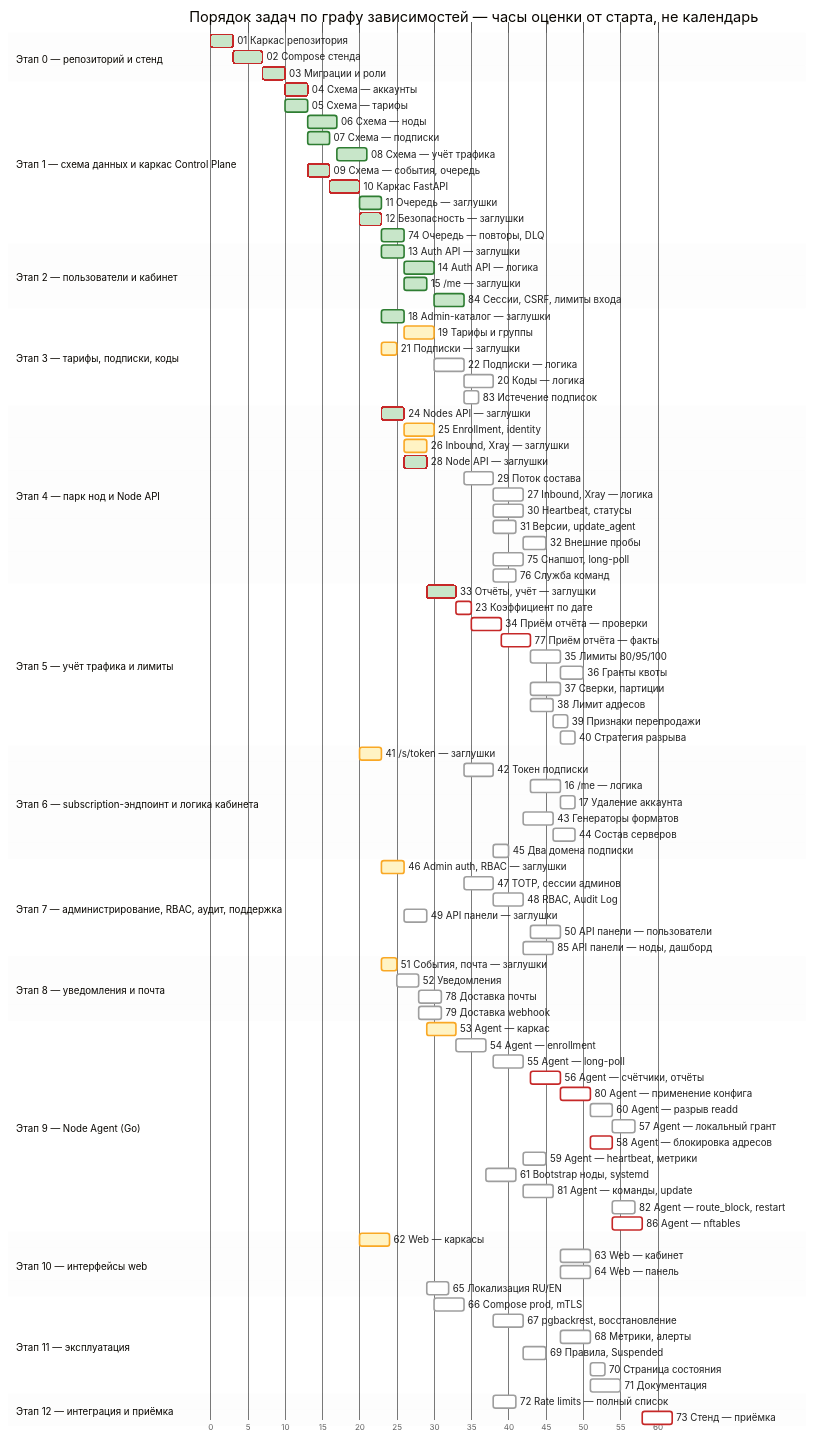
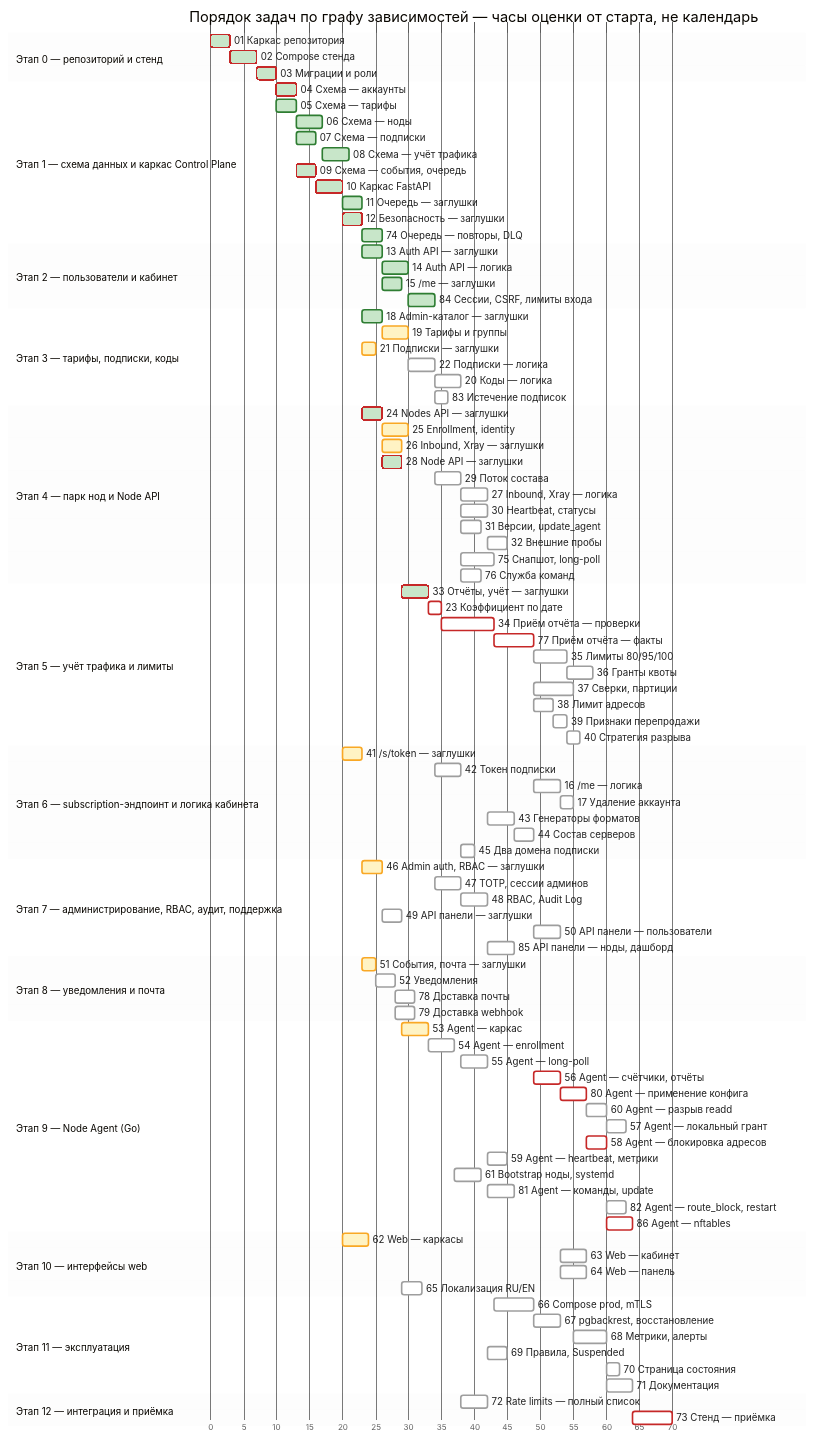
One commit to MatrixFounder/vpn-distribution-system changed the diagram in docs/PLAN.md. Above: the diagram before and after it, drawn with Mermaid. The commit also changed other lines of this file, not shown here.

````diff
--- a/docs/PLAN.md
+++ b/docs/PLAN.md
@@ -153,16 +153,16 @@
     30 Heartbeat, статусы :t30, after t28 t29, 4ms
     31 Версии, update_agent :t31, after t29 t25, 3ms
     32 Внешние пробы :t32, after t30 t44 t49, 3ms
-    75 Снапшот, long-poll :t75, after t29, 4ms
+    75 Снапшот, long-poll :t75, after t29, 5ms
     76 Служба команд :t76, after t29, 3ms
   section Этап 5 — учёт трафика и лимиты
     33 Отчёты, учёт — заглушки :done, crit, t33, after t28 t08, 4ms
     23 Коэффициент по дате :crit, t23, after t19 t33, 2ms
-    34 Приём отчёта — проверки :crit, t34, after t33 t23 t22, 4ms
-    77 Приём отчёта — факты :crit, t77, after t34 t23, 4ms
-    35 Лимиты 80/95/100 :t35, after t29 t33 t77, 4ms
-    36 Гранты квоты :t36, after t35, 3ms
-    37 Сверки, партиции :t37, after t09 t77, 4ms
+    34 Приём отчёта — проверки :crit, t34, after t33 t23 t22, 8ms
+    77 Приём отчёта — факты :crit, t77, after t34 t23, 6ms
+    35 Лимиты 80/95/100 :t35, after t29 t33 t77, 5ms
+    36 Гранты квоты :t36, after t35, 4ms
+    37 Сверки, партиции :t37, after t09 t77, 6ms
     38 Лимит адресов :t38, after t29 t77, 3ms
     39 Признаки перепродажи :t39, after t38 t86, 2ms
     40 Стратегия разрыва :t40, after t35 t31, 2ms
@@ -206,13 +206,13 @@
     64 Web — панель :t64, after t50 t62 t85, 4ms
     65 Локализация RU/EN :t65, after t62 t15, 3ms
   section Этап 11 — эксплуатация
-    66 Compose prod, mTLS :t66, after t02 t25, 4ms
+    66 Compose prod, mTLS :t66, after t02 t25 t75, 6ms
     67 pgbackrest, восстановление :t67, after t66 t29, 4ms
-    68 Метрики, алерты :t68, after t37 t30, 4ms
+    68 Метрики, алерты :t68, after t37 t30, 5ms
     69 Правила, Suspended :t69, after t14 t30, 3ms
     70 Страница состояния :t70, after t68, 2ms
     71 Документация :t71, after t68 t61, 4ms
   section Этап 12 — интеграция и приёмка
-    72 Rate limits — полный список :t72, after t14 t25 t42 t84, 3ms
-    73 Стенд — приёмка :crit, t73, after t60 t61 t63 t66 t67 t72 t82 t86, 4ms
+    72 Rate limits — полный список :t72, after t14 t25 t42 t84, 4ms
+    73 Стенд — приёмка :crit, t73, after t60 t61 t63 t66 t67 t72 t82 t86, 6ms
 ```
````
